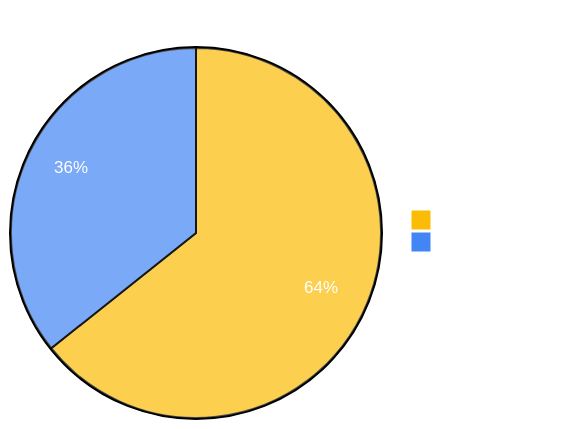
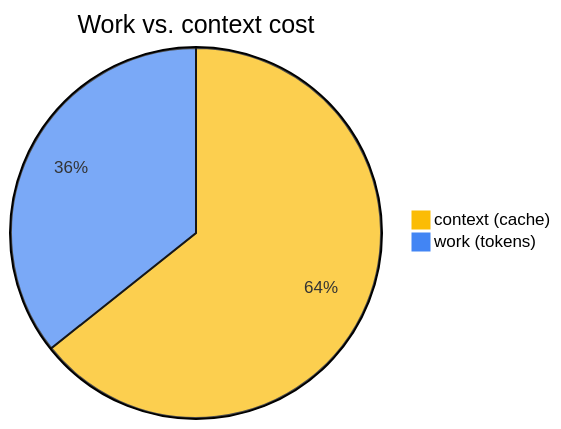
Before and after one commit to kstencell/fretflow: the second of 2 diagrams in docs/ai-usage.md, drawn with Mermaid. The commit also changed other lines of this file, not shown here.

Commit message:
removed custom colours

````diff
--- a/docs/ai-usage.md
+++ b/docs/ai-usage.md
@@ -74,6 +74,6 @@
 ```mermaid
-%%{init: {'theme': 'default', 'themeVariables': {'pie1': '#FBBC05', 'pie2': '#4285F4', 'pieTitleTextColor': '#ffffff', 'pieSectionTextColor': '#ffffff', 'pieLegendTextColor': '#ffffff'}}}%%
+%%{init: {'themeVariables': {'pie1': '#FBBC05', 'pie2': '#4285F4'}}}%%
 pie title Work vs. context cost
     "context (cache)" : 51.38
     "work (tokens)" : 28.53
 ```
````
